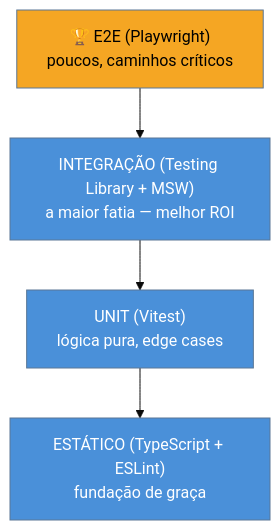
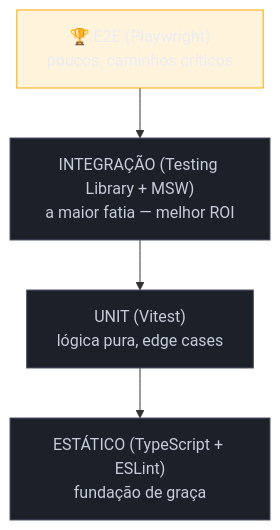
One commit to josenaldo/codex-technomanticus changed the diagram in 03-Dominios/Tecnologia/Testes JS/18 - Capstone - estratégia de testes de um app JS-TS production-grade.md. Above: the diagram before and after it, drawn with Mermaid. The commit also changed 1181 other files, not shown here.

First line of the commit message:
fix(diagramas): paleta do sistema no lugar de cor cravada no markdown

````diff
--- a/03-Dominios/Tecnologia/Testes JS/18 - Capstone - estratégia de testes de um app JS-TS production-grade.md
+++ b/03-Dominios/Tecnologia/Testes JS/18 - Capstone - estratégia de testes de um app JS-TS production-grade.md
@@ -31,12 +31,13 @@
 ```mermaid
-%%{init: {"theme": "base", "themeVariables": {"primaryColor": "#4A90D9"}}}%%
 graph TB
+    classDef destaque fill:#FFAA0024,stroke:#FFAA00,color:#E9ECF2
+    classDef neutro fill:#1B2029,stroke:#4E5666,color:#C6CCD8
     E["🏆 E2E (Playwright)<br/>poucos, caminhos críticos"] --> I
     I["INTEGRAÇÃO (Testing Library + MSW)<br/>a maior fatia — melhor ROI"] --> U
     U["UNIT (Vitest)<br/>lógica pura, edge cases"] --> S
     S["ESTÁTICO (TypeScript + ESLint)<br/>fundação de graça"]
-    style E fill:#F5A623,color:#000
-    style I fill:#4A90D9,color:#fff
-    style U fill:#4A90D9,color:#fff
-    style S fill:#4A90D9,color:#fff
+    class E destaque
+    class I neutro
+    class U neutro
+    class S neutro
 ```
````
